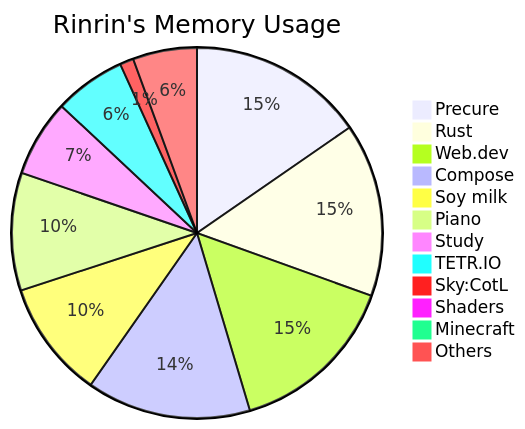
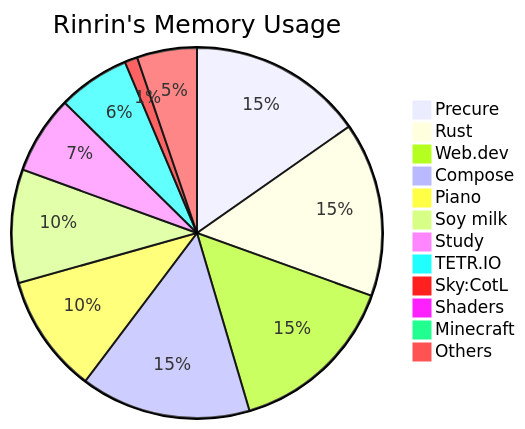
One commit to Rinrin0413/Rinrin0413 changed the diagram in README.md. Above: the diagram before and after it, drawn with Mermaid.

Commit message:
🛠 Update: Rinrin's Memory Usage

````diff
--- a/README.md
+++ b/README.md
@@ -77,15 +77,15 @@
 ```mermaid
 pie title Rinrin's Memory Usage
-    "Precure": 577
-    "Rust": 568
-    "Web.dev": 559
-    "Compose": 538
-    "Soy milk": 385
-    "Piano": 386
-    "Study": 252
-    "TETR.IO": 234
-    "Sky:CotL": 45
+    "Precure": 575
+    "Rust": 573
+    "Web.dev": 562
+    "Compose": 559
+    "Piano": 390
+    "Soy milk": 373
+    "Study": 257
+    "TETR.IO": 236
+    "Sky:CotL": 42
     "Shaders": 30
     "Minecraft": 30
-    "Others": 210
+    "Others": 197
 ```
````
